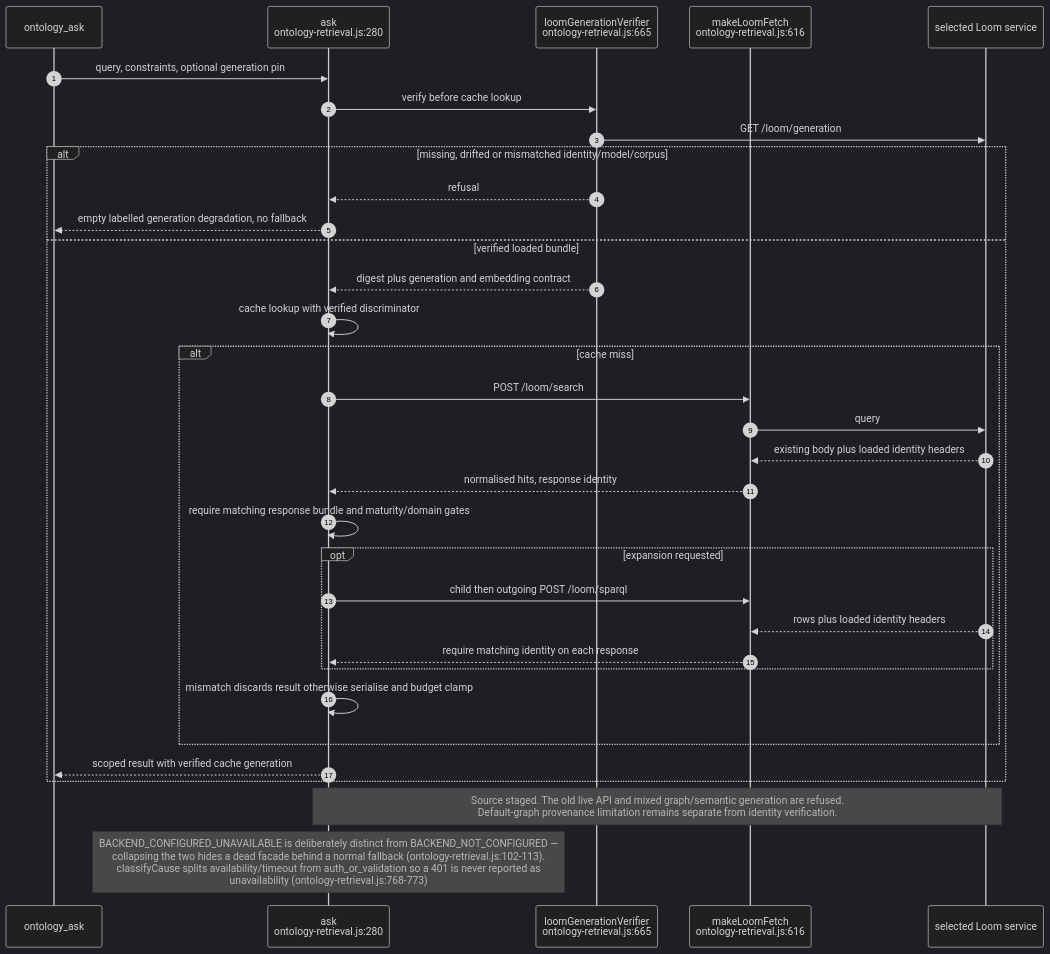
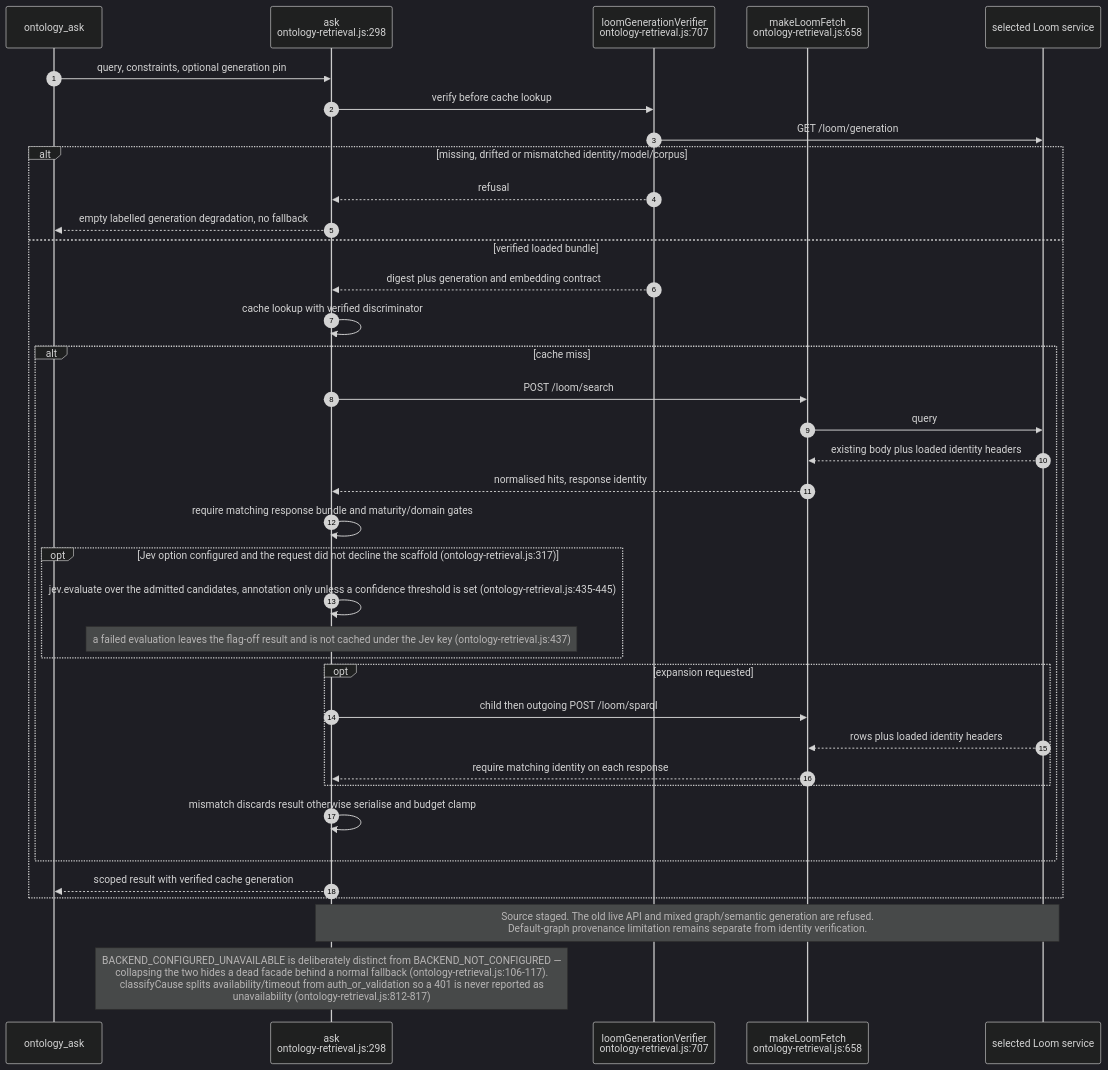
One commit to DreamLab-AI/VisionFlow changed the third of 14 diagrams in docs/diagrams/agentbox/24-loom-facade.md. Above: the diagram before and after it, drawn with Mermaid (dark theme). The commit also changed other lines of this file and 160 other files, not shown here.

````diff
--- a/docs/diagrams/agentbox/24-loom-facade.md
+++ b/docs/diagrams/agentbox/24-loom-facade.md
@@ -121,35 +130,39 @@
 ```mermaid
 sequenceDiagram
     autonumber
     participant CALL as ontology_ask
-    participant ASK as ask<br/>ontology-retrieval.js:280
-    participant VERIFY as loomGenerationVerifier<br/>ontology-retrieval.js:665
-    participant FETCH as makeLoomFetch<br/>ontology-retrieval.js:616
+    participant ASK as ask<br/>ontology-retrieval.js:298
+    participant VERIFY as loomGenerationVerifier<br/>ontology-retrieval.js:707
+    participant FETCH as makeLoomFetch<br/>ontology-retrieval.js:658
     participant LOOM as selected Loom service
     CALL->>ASK: query, constraints, optional generation pin
     ASK->>VERIFY: verify before cache lookup
     VERIFY->>LOOM: GET /loom/generation
     alt missing, drifted or mismatched identity/model/corpus
         VERIFY-->>ASK: refusal
         ASK-->>CALL: empty labelled generation degradation, no fallback
     else verified loaded bundle
         VERIFY-->>ASK: digest plus generation and embedding contract
         ASK->>ASK: cache lookup with verified discriminator
         alt cache miss
             ASK->>FETCH: POST /loom/search
             FETCH->>LOOM: query
             LOOM-->>FETCH: existing body plus loaded identity headers
             FETCH-->>ASK: normalised hits, response identity
             ASK->>ASK: require matching response bundle and maturity/domain gates
+            opt Jev option configured and the request did not decline the scaffold (ontology-retrieval.js:317)
+                ASK->>ASK: jev.evaluate over the admitted candidates, annotation only unless a confidence threshold is set (ontology-retrieval.js:435-445)
+                Note over ASK: a failed evaluation leaves the flag-off result and is not cached under the Jev key (ontology-retrieval.js:437)
+            end
             opt expansion requested
                 ASK->>FETCH: child then outgoing POST /loom/sparql
                 LOOM-->>FETCH: rows plus loaded identity headers
                 FETCH-->>ASK: require matching identity on each response
             end
             ASK->>ASK: mismatch discards result otherwise serialise and budget clamp
         end
         ASK-->>CALL: scoped result with verified cache generation
     end
     Note over ASK,LOOM: Source staged. The old live API and mixed graph/semantic generation are refused.<br/>Default-graph provenance limitation remains separate from identity verification.
-    Note over ASK: BACKEND_CONFIGURED_UNAVAILABLE is deliberately distinct from BACKEND_NOT_CONFIGURED —<br/>collapsing the two hides a dead facade behind a normal fallback (ontology-retrieval.js:102-113).<br/>classifyCause splits availability/timeout from auth_or_validation so a 401 is never reported as<br/>unavailability (ontology-retrieval.js:768-773)
+    Note over ASK: BACKEND_CONFIGURED_UNAVAILABLE is deliberately distinct from BACKEND_NOT_CONFIGURED —<br/>collapsing the two hides a dead facade behind a normal fallback (ontology-retrieval.js:106-117).<br/>classifyCause splits availability/timeout from auth_or_validation so a 401 is never reported as<br/>unavailability (ontology-retrieval.js:812-817)
 ```
````
